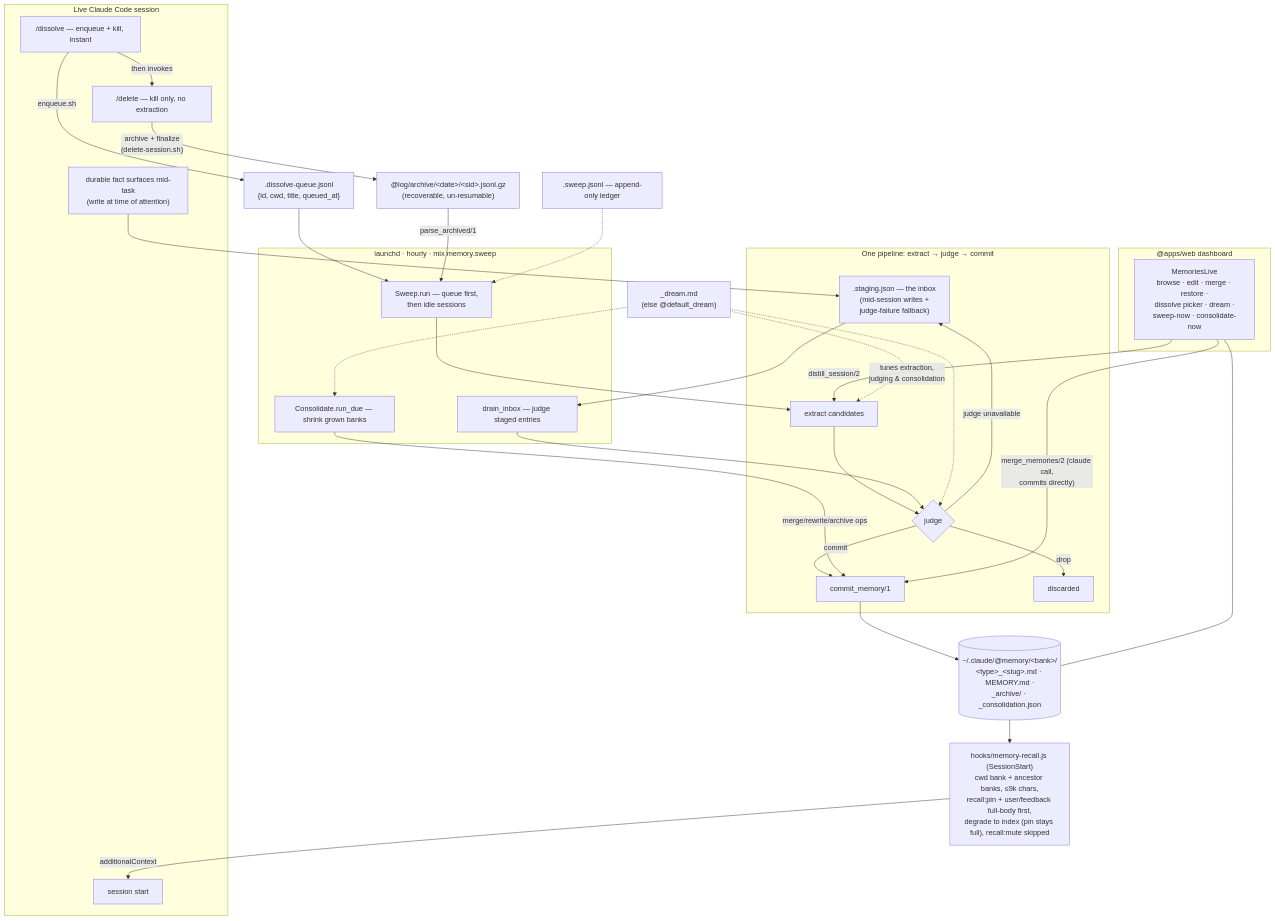
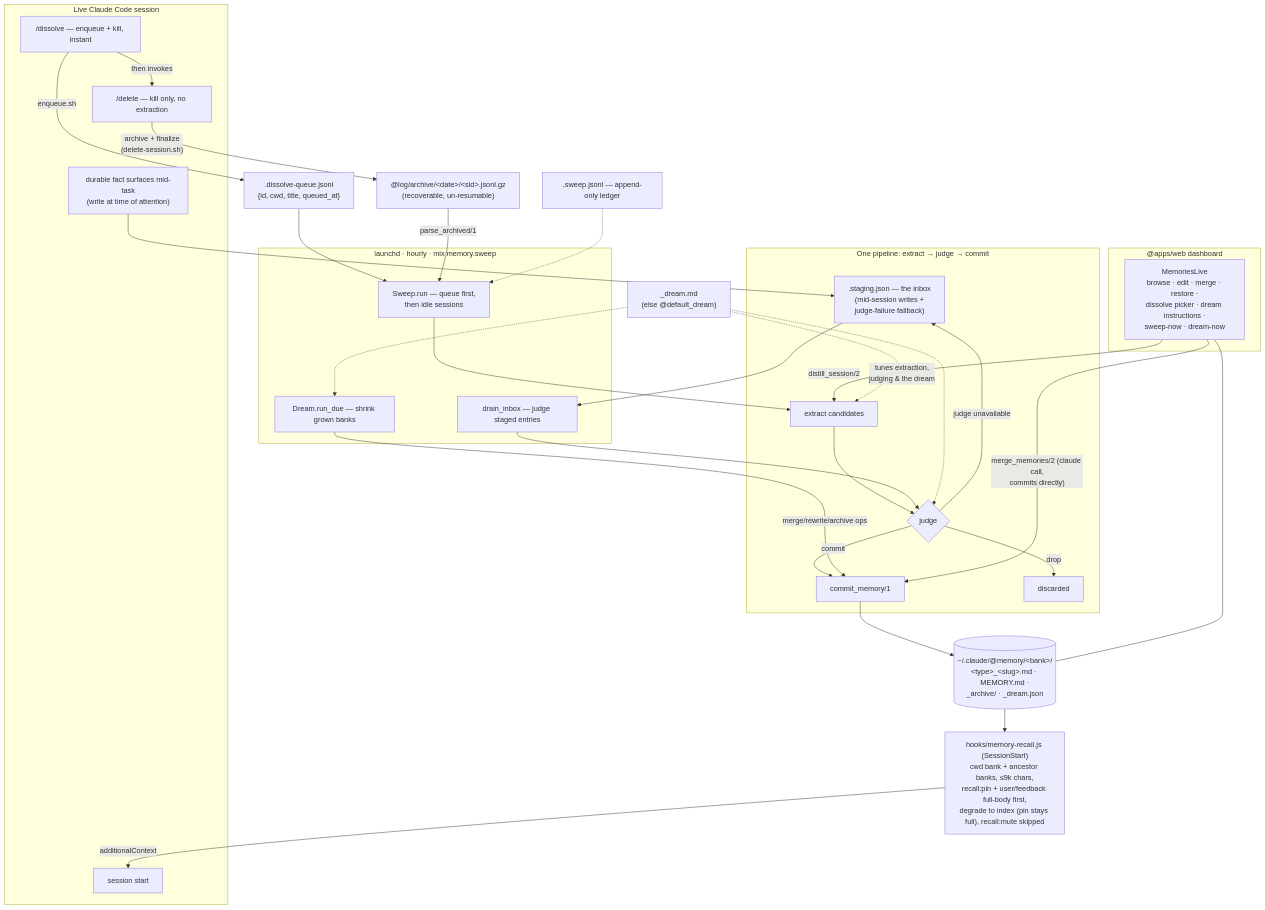
The first of 8 diagrams in @apps/web/lib/core/memory.md (jgeschwendt/.claude), drawn with Mermaid before and after one commit. The commit also changed other lines of this file and 8 other files, not shown here.

````diff
--- a/@apps/web/lib/core/memory.md
+++ b/@apps/web/lib/core/memory.md
@@ -13,56 +13,56 @@
 ```mermaid
 flowchart TB
     subgraph session["Live Claude Code session"]
         SS[session start]
         MID["durable fact surfaces mid-task<br/>(write at time of attention)"]
         DIS["/dissolve — enqueue + kill, instant"]
         DEL["/delete — kill only, no extraction"]
     end
 
     HOOK["hooks/memory-recall.js (SessionStart)<br/>cwd bank + ancestor banks, ≤9k chars,<br/>recall:pin + user/feedback full-body first,<br/>degrade to index (pin stays full), recall:mute skipped"]
     HOOK -->|additionalContext| SS
 
     STG[".staging.json — the inbox<br/>(mid-session writes +<br/>judge-failure fallback)"]
     MID --> STG
 
     Q[".dissolve-queue.jsonl<br/>{id, cwd, title, queued_at}"]
     DIS -->|enqueue.sh| Q
     DIS -->|then invokes| DEL
     DEL -->|"archive + finalize<br/>(delete-session.sh)"| ARC["@log/archive/&lt;date&gt;/&lt;sid&gt;.jsonl.gz<br/>(recoverable, un-resumable)"]
 
     subgraph pipeline["One pipeline: extract → judge → commit"]
         X[extract candidates]
         J{judge}
         C["commit_memory/1"]
         X --> J
         J -->|commit| C
         J -->|drop| DROP[discarded]
         J -->|judge unavailable| STG
     end
 
     subgraph sweep["launchd · hourly · mix memory.sweep"]
         SW["Sweep.run — queue first,<br/>then idle sessions"]
         DR["drain_inbox — judge staged entries"]
-        CO["Consolidate.run_due — shrink grown banks"]
+        CO["Dream.run_due — shrink grown banks"]
     end
     Q --> SW
     ARC -->|"parse_archived/1"| SW
     SW --> X
     STG --> DR --> J
     CO -->|"merge/rewrite/archive ops"| C
 
     subgraph web["@apps/web dashboard"]
-        UI["MemoriesLive<br/>browse · edit · merge · restore ·<br/>dissolve picker · dream ·<br/>sweep-now · consolidate-now"]
+        UI["MemoriesLive<br/>browse · edit · merge · restore ·<br/>dissolve picker · dream instructions ·<br/>sweep-now · dream-now"]
     end
     UI -->|"distill_session/2"| X
     UI -->|"merge_memories/2 (claude call,<br/>commits directly)"| C
 
-    C --> BANK[("~/.claude/@memory/&lt;bank&gt;/<br/>&lt;type&gt;_&lt;slug&gt;.md · MEMORY.md ·<br/>_archive/ · _consolidation.json")]
+    C --> BANK[("~/.claude/@memory/&lt;bank&gt;/<br/>&lt;type&gt;_&lt;slug&gt;.md · MEMORY.md ·<br/>_archive/ · _dream.json")]
     BANK --> HOOK
     UI --- BANK
 
-    DREAM["_dream.md<br/>(else @default_dream)"] -.->|tunes extraction,<br/>judging & consolidation| X
+    DREAM["_dream.md<br/>(else @default_dream)"] -.->|tunes extraction,<br/>judging & the dream| X
     DREAM -.-> J
     DREAM -.-> CO
     LEDGER[".sweep.jsonl — append-only ledger"] -.-> SW
 ```
````
